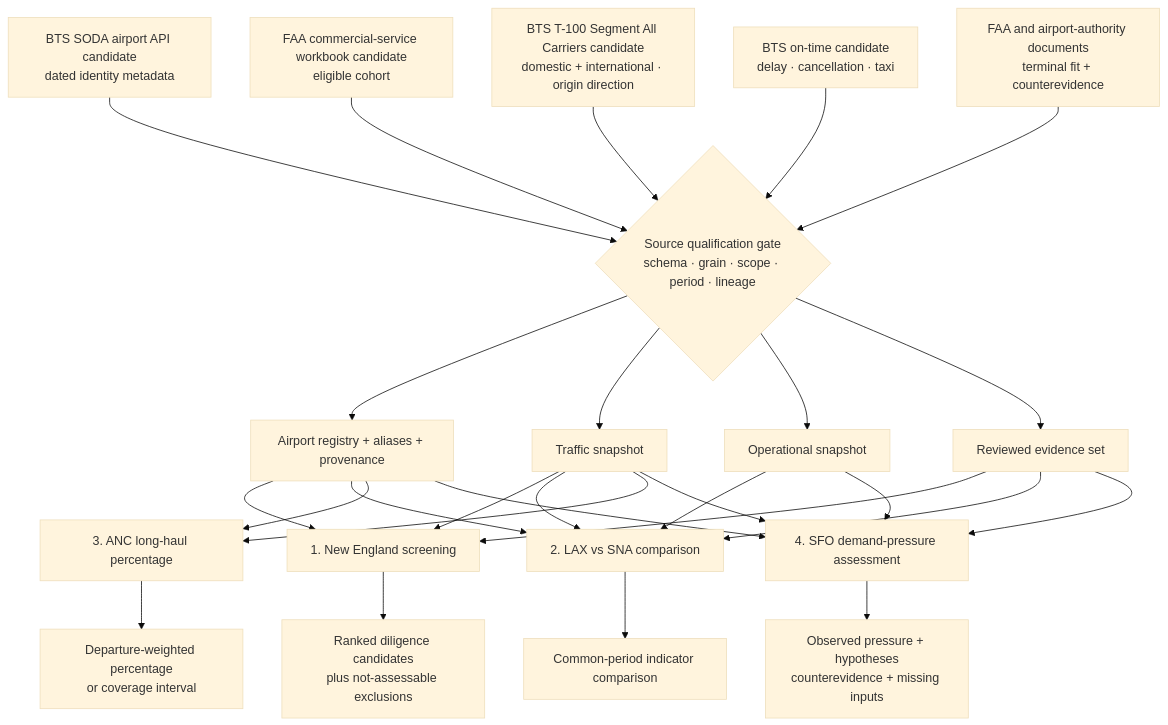
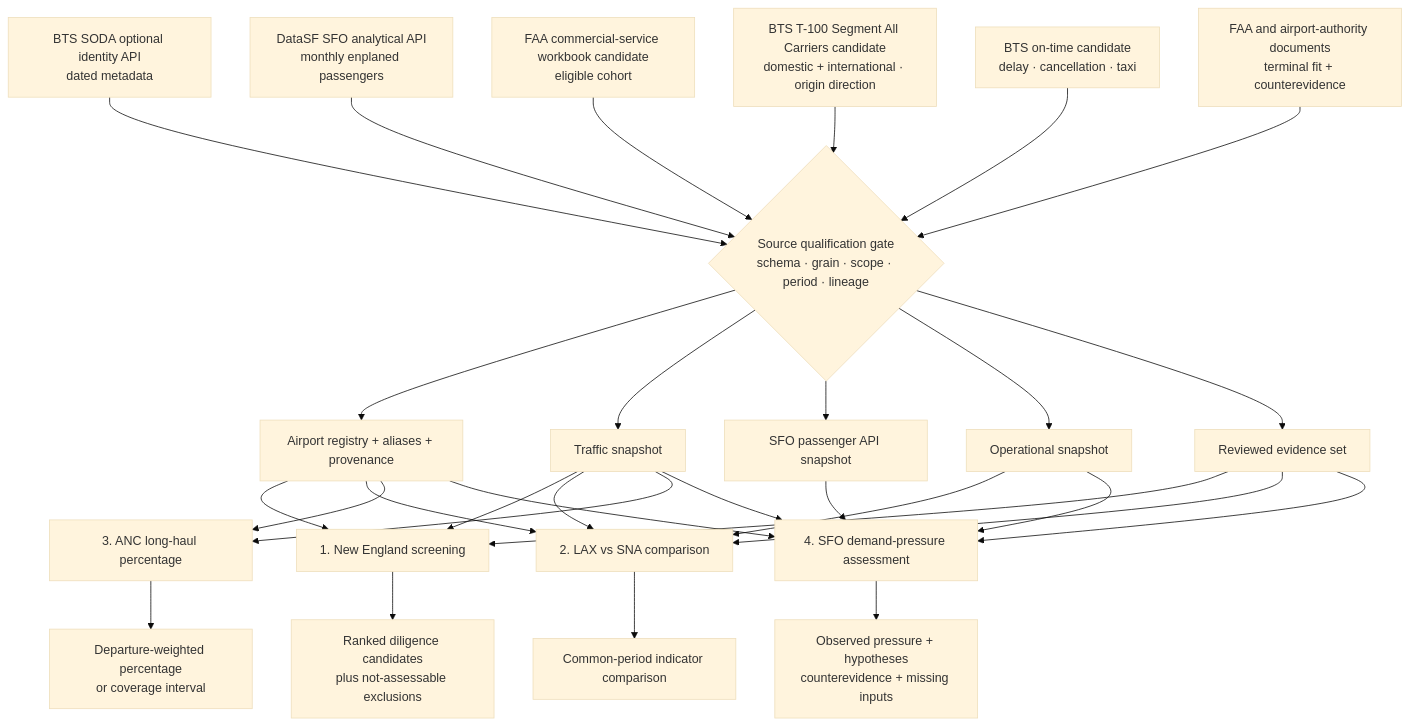
One commit to Bar-Bettash/deloitte-home-assignment changed the third of 3 diagrams in README.md. Above: the diagram before and after it, drawn with Mermaid (base theme). The commit also changed other lines of this file and 3 other files, not shown here.

Commit message:
docs: qualify SFO analytical API

````diff
--- a/README.md
+++ b/README.md
@@ -171,43 +180,47 @@
 ```mermaid
 flowchart TB
     Gate{Source qualification gate<br/>schema · grain · scope · period · lineage}
 
-    SODA[BTS SODA airport API candidate<br/>dated identity metadata]
+    SODA[BTS SODA optional identity API<br/>dated metadata]
+    SFAPI[DataSF SFO analytical API<br/>monthly enplaned passengers]
     FAA[FAA commercial-service workbook candidate<br/>eligible cohort]
     T100[BTS T-100 Segment All Carriers candidate<br/>domestic + international · origin direction]
     OTP[BTS on-time candidate<br/>delay · cancellation · taxi]
     Docs[FAA and airport-authority documents<br/>terminal fit + counterevidence]
 
     SODA --> Gate
+    SFAPI --> Gate
     FAA --> Gate
     T100 --> Gate
     OTP --> Gate
     Docs --> Gate
 
     Gate --> Registry[Airport registry + aliases + provenance]
     Gate --> Traffic[Traffic snapshot]
+    Gate --> SFOMonthly[SFO passenger API snapshot]
     Gate --> Operations[Operational snapshot]
     Gate --> EvidenceSet[Reviewed evidence set]
 
     Registry --> W1[1. New England screening]
     Traffic --> W1
     EvidenceSet --> W1
 
     Registry --> W2[2. LAX vs SNA comparison]
     Traffic --> W2
     Operations --> W2
     EvidenceSet --> W2
 
     Registry --> W3[3. ANC long-haul percentage]
     Traffic --> W3
 
     Registry --> W4[4. SFO demand-pressure assessment]
     Traffic --> W4
+    SFOMonthly --> W4
     Operations --> W4
     EvidenceSet --> W4
 
     W1 --> O1[Ranked diligence candidates<br/>plus not-assessable exclusions]
     W2 --> O2[Common-period indicator comparison]
     W3 --> O3[Departure-weighted percentage<br/>or coverage interval]
     W4 --> O4[Observed pressure + hypotheses<br/>counterevidence + missing inputs]
 ```
````
